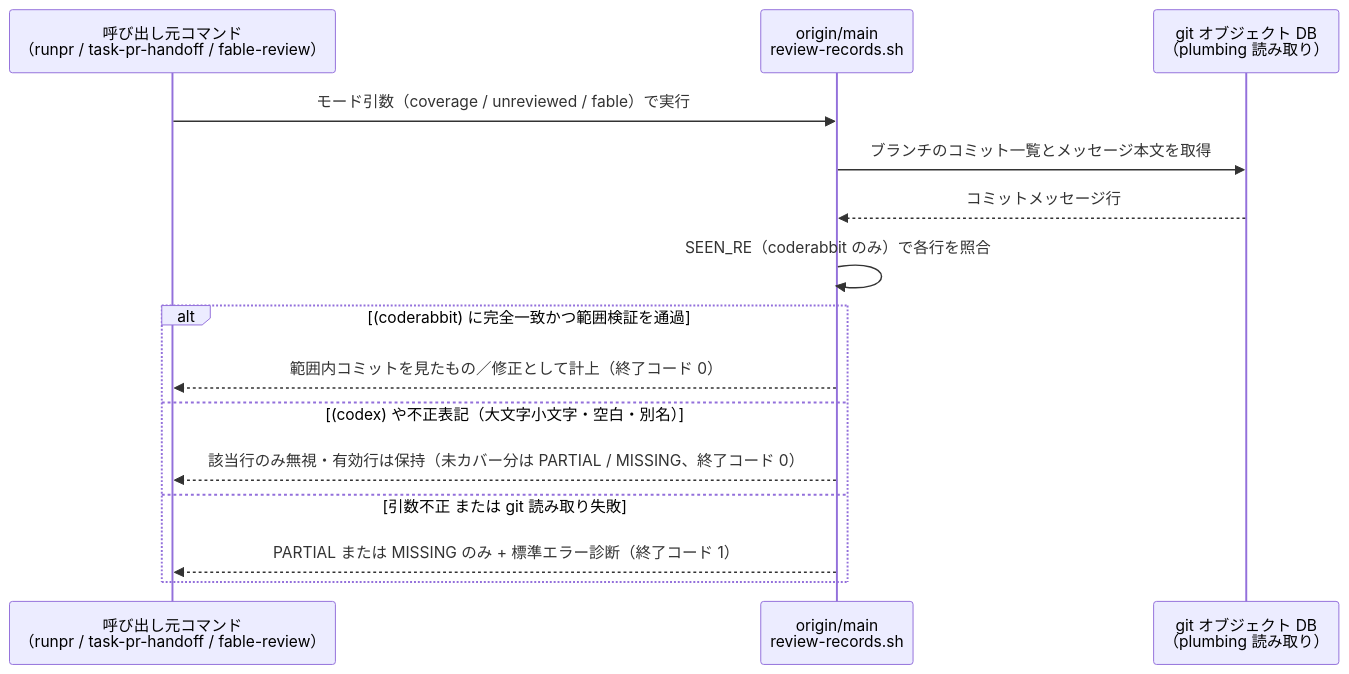
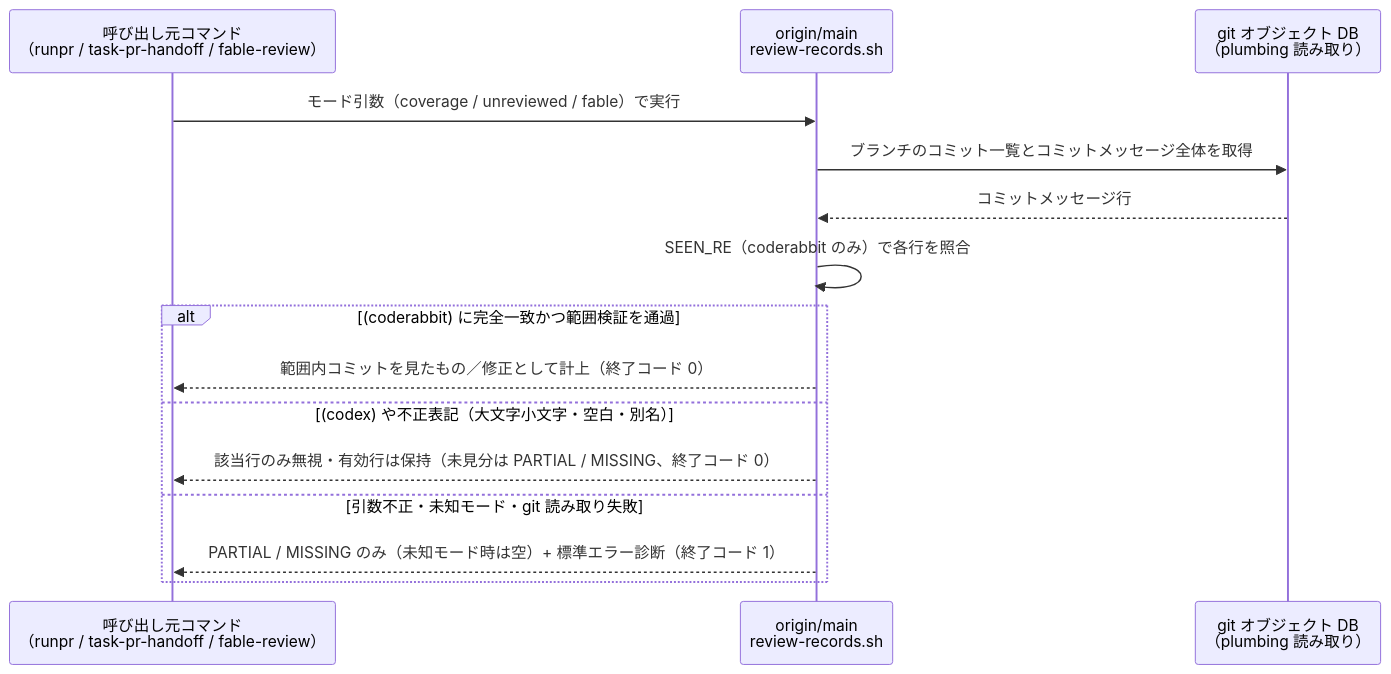
One commit to isseis/yt2column changed the fourth of 7 diagrams in docs/tasks/0121_retire_legacy_review_records/02_architecture.md. Above: the diagram before and after it, drawn with Mermaid. The commit also changed other lines of this file, not shown here.

Commit message:
docs(0121): refine architecture from panel review and prose pass

````diff
--- a/docs/tasks/0121_retire_legacy_review_records/02_architecture.md
+++ b/docs/tasks/0121_retire_legacy_review_records/02_architecture.md
@@ -228,18 +231,18 @@
 ```mermaid
 sequenceDiagram
     participant Caller as 呼び出し元コマンド<br>（runpr / task-pr-handoff / fable-review）
     participant OriginMain as origin/main<br>review-records.sh
     participant GitObj as git オブジェクト DB<br>（plumbing 読み取り）
 
     Caller->>OriginMain: モード引数（coverage / unreviewed / fable）で実行
-    OriginMain->>GitObj: ブランチのコミット一覧とメッセージ本文を取得
+    OriginMain->>GitObj: ブランチのコミット一覧とコミットメッセージ全体を取得
     GitObj-->>OriginMain: コミットメッセージ行
     OriginMain->>OriginMain: SEEN_RE（coderabbit のみ）で各行を照合
     alt (coderabbit) に完全一致かつ範囲検証を通過
         OriginMain-->>Caller: 範囲内コミットを見たもの／修正として計上（終了コード 0）
     else (codex) や不正表記（大文字小文字・空白・別名）
-        OriginMain-->>Caller: 該当行のみ無視・有効行は保持（未カバー分は PARTIAL / MISSING、終了コード 0）
-    else 引数不正 または git 読み取り失敗
-        OriginMain-->>Caller: PARTIAL または MISSING のみ + 標準エラー診断（終了コード 1）
+        OriginMain-->>Caller: 該当行のみ無視・有効行は保持（未見分は PARTIAL / MISSING、終了コード 0）
+    else 引数不正・未知モード・git 読み取り失敗
+        OriginMain-->>Caller: PARTIAL / MISSING のみ（未知モード時は空）+ 標準エラー診断（終了コード 1）
     end
 ```
````
